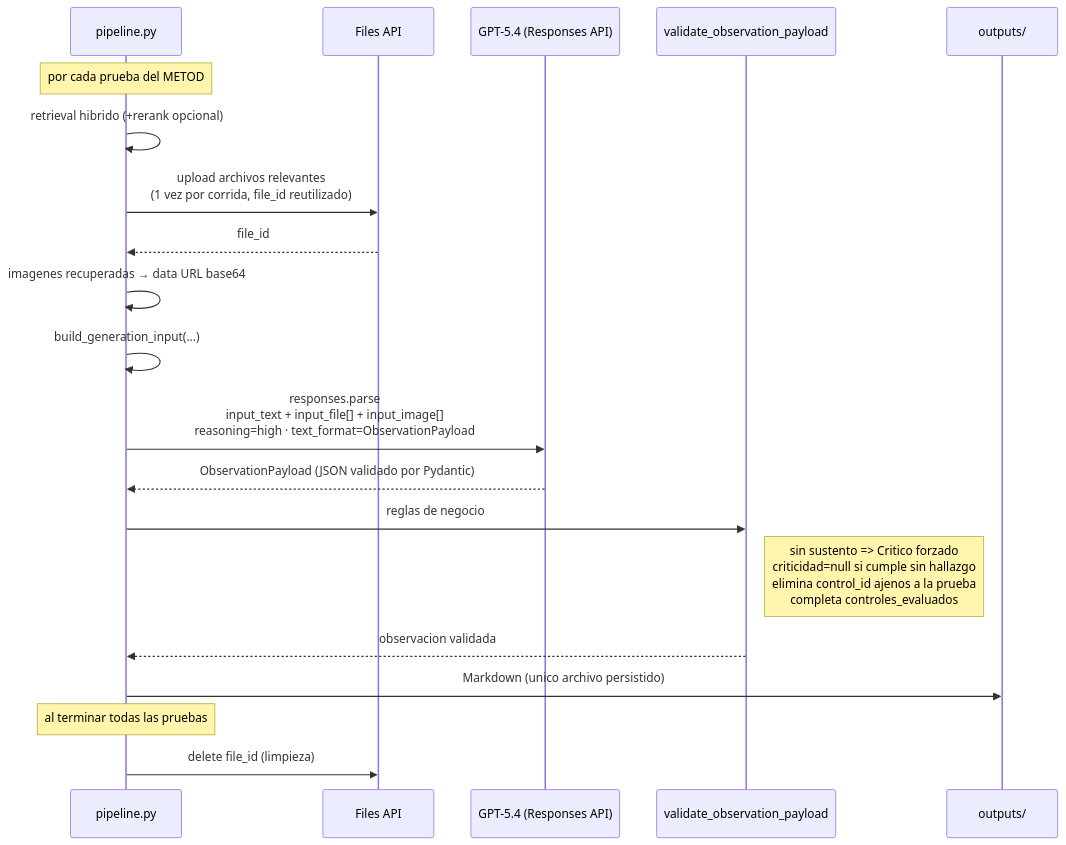
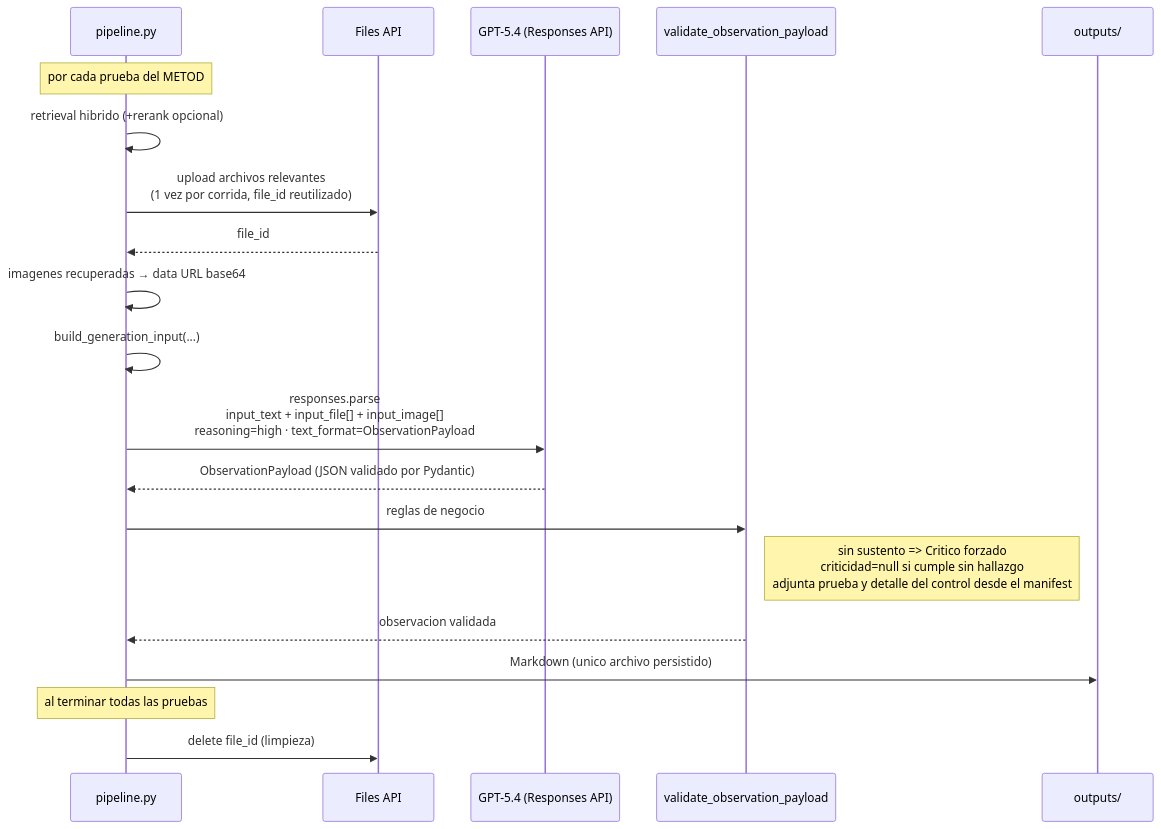
One commit to JosephChomboM/rag-observation-assistant changed the fourth of 4 diagrams in ARCHITECTURE.md. Above: the diagram before and after it, drawn with Mermaid. The commit also changed other lines of this file and 9 other files, not shown here.

````diff
--- a/ARCHITECTURE.md
+++ b/ARCHITECTURE.md
@@ -273,28 +273,28 @@
 ```mermaid
 sequenceDiagram
     participant P as pipeline.py
     participant F as Files API
     participant M as GPT-5.4 (Responses API)
     participant V as validate_observation_payload
     participant O as outputs/
 
     Note over P: por cada prueba del METOD
 
     P->>P: retrieval hibrido (+rerank opcional)
     P->>F: upload archivos relevantes<br/>(1 vez por corrida, file_id reutilizado)
     F-->>P: file_id
     P->>P: imagenes recuperadas → data URL base64
     P->>P: build_generation_input(...)
 
     P->>M: responses.parse<br/>input_text + input_file[] + input_image[]<br/>reasoning=high · text_format=ObservationPayload
     M-->>P: ObservationPayload (JSON validado por Pydantic)
 
     P->>V: reglas de negocio
-    Note right of V: sin sustento => Critico forzado<br/>criticidad=null si cumple sin hallazgo<br/>elimina control_id ajenos a la prueba<br/>completa controles_evaluados
+    Note right of V: sin sustento => Critico forzado<br/>criticidad=null si cumple sin hallazgo<br/>adjunta prueba y detalle del control desde el manifest
 
     V-->>P: observacion validada
     P->>O: Markdown (unico archivo persistido)
 
     Note over P: al terminar todas las pruebas
     P->>F: delete file_id (limpieza)
 ```
````
